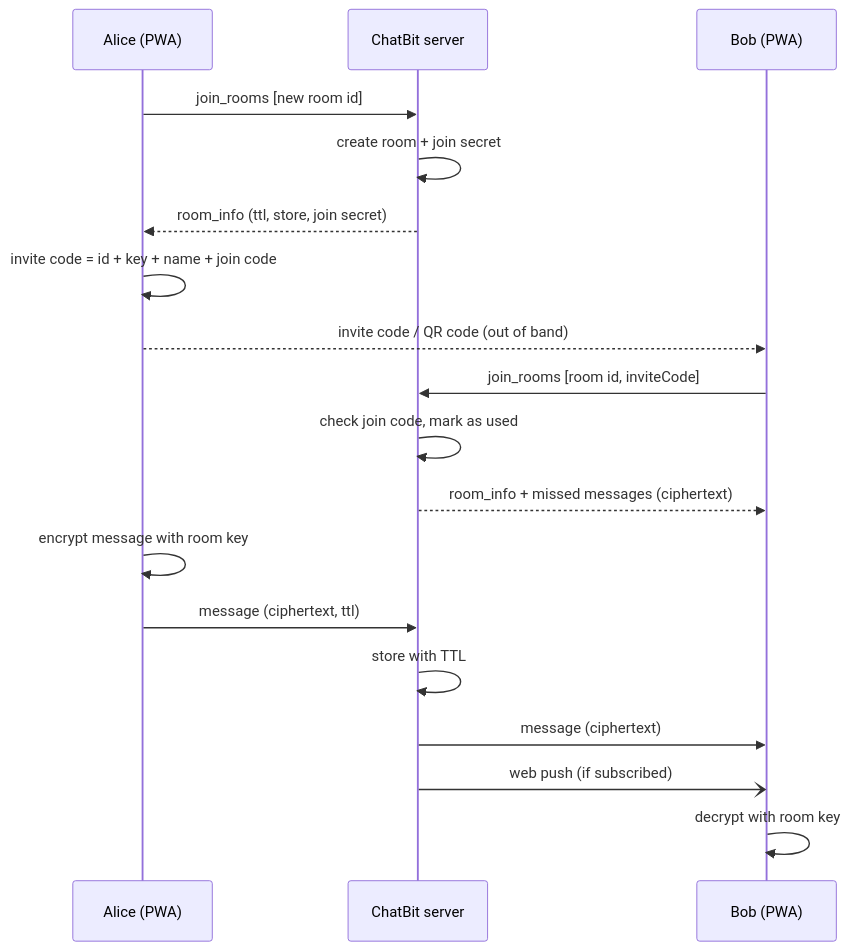
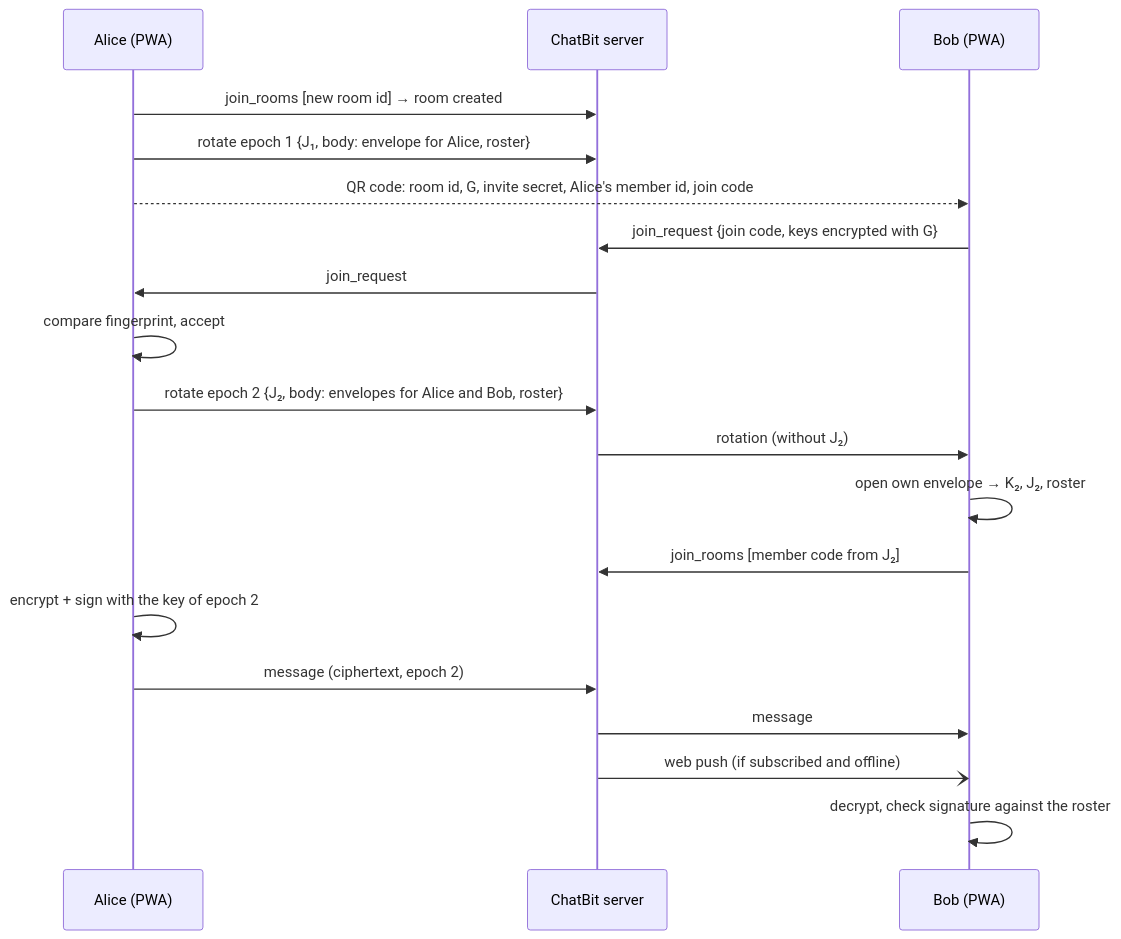
The second of 4 diagrams in README.md (benonidev/chatbit), drawn with Mermaid before and after one commit. The commit also changed other lines of this file and 59 other files, not shown here.

````diff
--- a/README.md
+++ b/README.md
@@ -94,21 +129,22 @@
 ```mermaid
 sequenceDiagram
     participant A as Alice (PWA)
     participant S as ChatBit server
     participant B as Bob (PWA)
 
-    A->>S: join_rooms [new room id]
-    S->>S: create room + join secret
-    S-->>A: room_info (ttl, store, join secret)
-    A->>A: invite code = id + key + name + join code
-    A-->>B: invite code / QR code (out of band)
-    B->>S: join_rooms [room id, inviteCode]
-    S->>S: check join code, mark as used
-    S-->>B: room_info + missed messages (ciphertext)
-    A->>A: encrypt message with room key
-    A->>S: message (ciphertext, ttl)
-    S->>S: store with TTL
-    S->>B: message (ciphertext)
-    S-)B: web push (if subscribed)
-    B->>B: decrypt with room key
+    A->>S: join_rooms [new room id] → room created
+    A->>S: rotate epoch 1 {J₁, body: envelope for Alice, roster}
+    A-->>B: QR code: room id, G, invite secret, Alice's member id, join code
+    B->>S: join_request {join code, keys encrypted with G}
+    S->>A: join_request
+    A->>A: compare fingerprint, accept
+    A->>S: rotate epoch 2 {J₂, body: envelopes for Alice and Bob, roster}
+    S->>B: rotation (without J₂)
+    B->>B: open own envelope → K₂, J₂, roster
+    B->>S: join_rooms [member code from J₂]
+    A->>A: encrypt + sign with the key of epoch 2
+    A->>S: message (ciphertext, epoch 2)
+    S->>B: message
+    S-)B: web push (if subscribed and offline)
+    B->>B: decrypt, check signature against the roster
 ```
````
